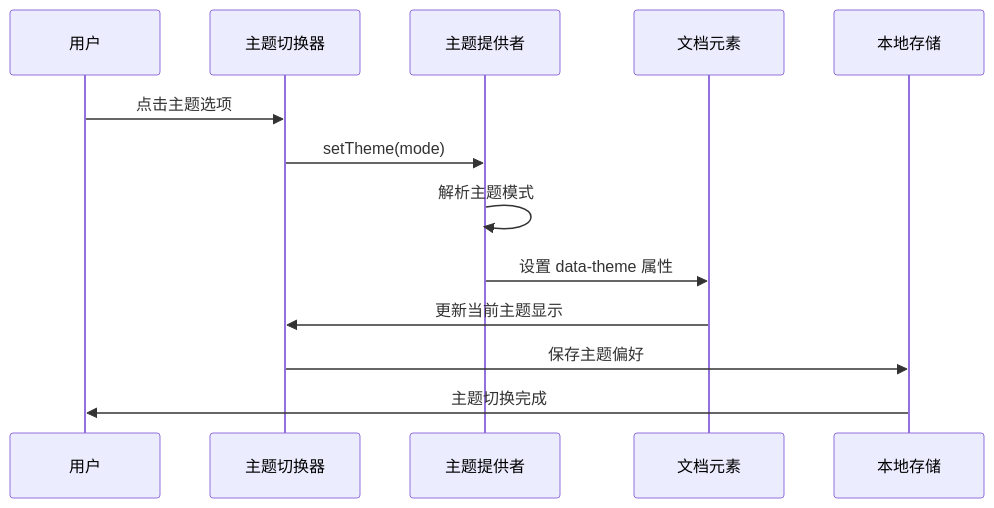
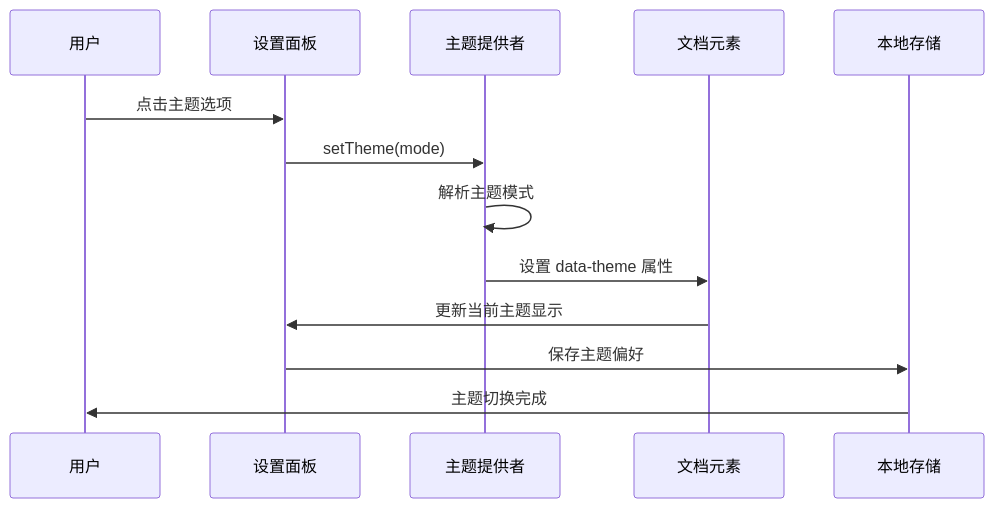
Before and after one commit to CryptoLinxu/Web3-AI-Agent: the eighth of 10 diagrams in .qoder/repowiki/zh/content/项目概述/整体架构概览/Web应用程序/设置面板组件.md, drawn with Mermaid. The commit also changed other lines of this file and 11 other files, not shown here.

````diff
--- a/.qoder/repowiki/zh/content/项目概述/整体架构概览/Web应用程序/设置面板组件.md
+++ b/.qoder/repowiki/zh/content/项目概述/整体架构概览/Web应用程序/设置面板组件.md
@@ -425,15 +368,15 @@
 ```mermaid
 sequenceDiagram
 participant User as 用户
-participant ThemeSwitcher as 主题切换器
+participant SettingsPanel as 设置面板
 participant ThemeProvider as 主题提供者
 participant DOM as 文档元素
 participant Storage as 本地存储
-User->>ThemeSwitcher : 点击主题选项
-ThemeSwitcher->>ThemeProvider : setTheme(mode)
+User->>SettingsPanel : 点击主题选项
+SettingsPanel->>ThemeProvider : setTheme(mode)
 ThemeProvider->>ThemeProvider : 解析主题模式
 ThemeProvider->>DOM : 设置 data-theme 属性
-DOM->>ThemeSwitcher : 更新当前主题显示
-ThemeSwitcher->>Storage : 保存主题偏好
+DOM->>SettingsPanel : 更新当前主题显示
+SettingsPanel->>Storage : 保存主题偏好
 Storage->>User : 主题切换完成
 ```
````
